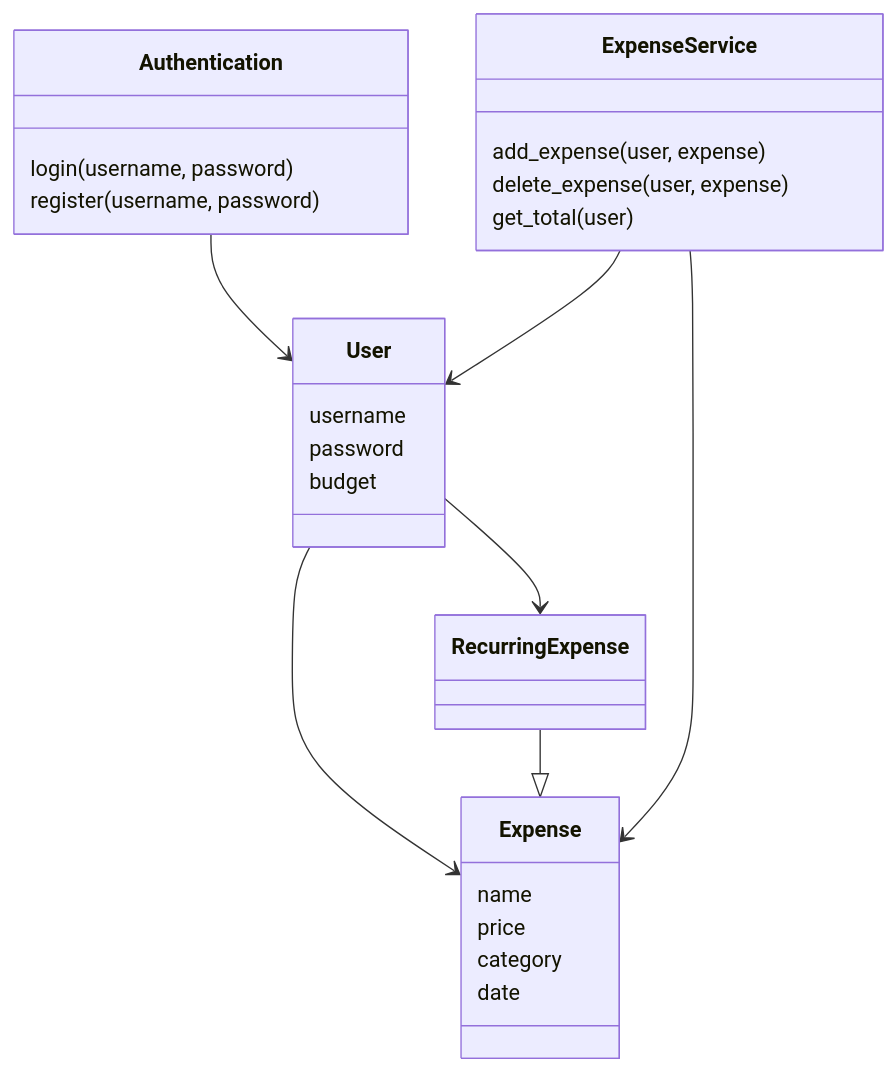
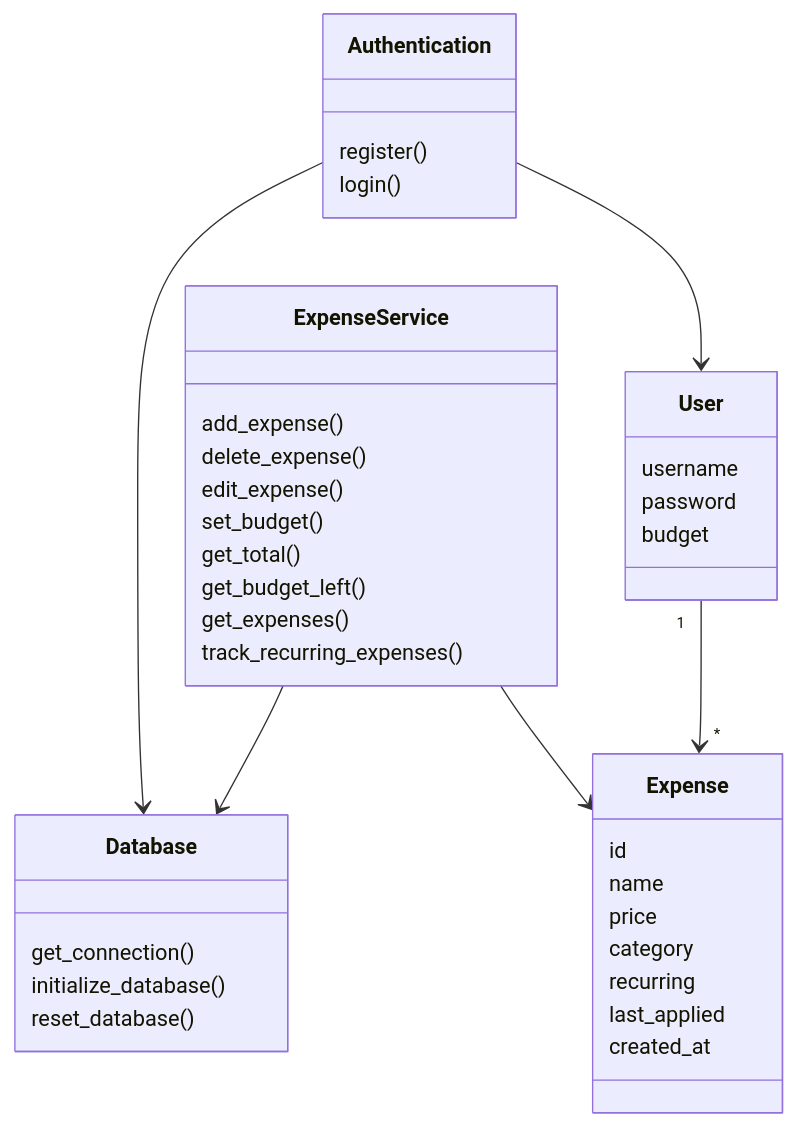
The first of 4 diagrams in dokumentaatio/arkkitehtuuri.md (VeetiKu/ot-harjoitustyo), drawn with Mermaid before and after one commit. The commit also changed other lines of this file and 22 other files, not shown here.

````diff
--- a/dokumentaatio/arkkitehtuuri.md
+++ b/dokumentaatio/arkkitehtuuri.md
@@ -14,32 +14,47 @@
 ```mermaid
 classDiagram
 
 class User {
     username
     password
-    budget}
+    budget
+}
 
 class Expense {
+    id
     name
     price
     category
-    date}
-
-class RecurringExpense
+    recurring
+    last_applied
+    created_at
+}
 
 class Authentication {
-    login(username, password)
-    register(username, password)}
+    register()
+    login()
+}
 
 class ExpenseService {
-    add_expense(user, expense)
-    delete_expense(user, expense)
-    get_total(user)}
+    add_expense()
+    delete_expense()
+    edit_expense()
+    set_budget()
+    get_total()
+    get_budget_left()
+    get_expenses()
+    track_recurring_expenses()
+}
 
-User --> Expense
-User --> RecurringExpense
-RecurringExpense --|> Expense
+class Database {
+    get_connection()
+    initialize_database()
+    reset_database()
+}
+
+Authentication --> Database
+ExpenseService --> Database
+ExpenseService --> Expense
 Authentication --> User
-ExpenseService --> User
-ExpenseService --> Expense
+User "1" --> "*" Expense
 ```
````
